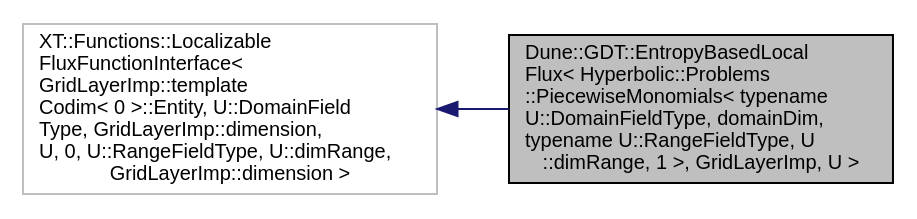
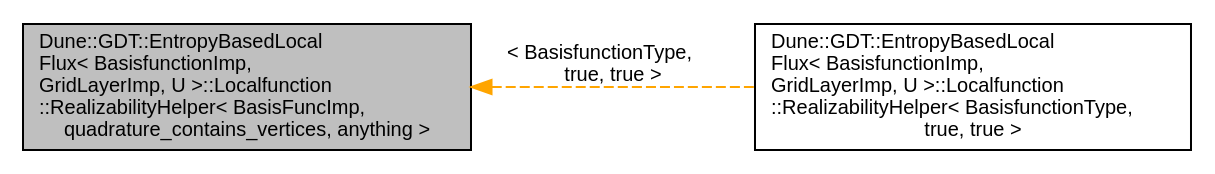
The diagram in docs/dune-gdt/''/a01135.dot (dune-community/dune-community.github.io), drawn with Graphviz before and after one commit. The commit also changed 2647 other files, not shown here.

Commit message:
Updated documentation for dune-gdt ''

```diff
--- a/docs/dune-gdt/''/a01135.dot
+++ b/docs/dune-gdt/''/a01135.dot
@@ -1,9 +1,9 @@
-digraph "Dune::GDT::EntropyBasedLocalFlux&lt; Hyperbolic::Problems::PiecewiseMonomials&lt; typename U::DomainFieldType, domainDim, typename U::RangeFieldType, U::dimRange, 1 &gt;, GridLayerImp, U &gt;"
+digraph "Dune::GDT::EntropyBasedLocalFlux&lt; BasisfunctionImp, GridLayerImp, U &gt;::Localfunction::RealizabilityHelper&lt; BasisFuncImp, quadrature_contains_vertices, anything &gt;"
 {
   edge [fontname="Helvetica",fontsize="10",labelfontname="Helvetica",labelfontsize="10"];
   node [fontname="Helvetica",fontsize="10",shape=record];
   rankdir="LR";
-  Node0 [label="Dune::GDT::EntropyBasedLocal\lFlux\< Hyperbolic::Problems\l::PiecewiseMonomials\< typename\l U::DomainFieldType, domainDim,\l typename U::RangeFieldType, U\l::dimRange, 1 \>, GridLayerImp, U \>",height=0.2,width=0.4,color="black", fillcolor="grey75", style="filled", fontcolor="black"];
-  Node1 -> Node0 [dir="back",color="midnightblue",fontsize="10",style="solid",fontname="Helvetica"];
-  Node1 [label="XT::Functions::Localizable\lFluxFunctionInterface\<\l GridLayerImp::template\l Codim\< 0 \>::Entity, U::DomainField\lType, GridLayerImp::dimension,\l U, 0, U::RangeFieldType, U::dimRange,\l GridLayerImp::dimension \>",height=0.2,width=0.4,color="grey75", fillcolor="white", style="filled"];
+  Node0 [label="Dune::GDT::EntropyBasedLocal\lFlux\< BasisfunctionImp,\l GridLayerImp, U \>::Localfunction\l::RealizabilityHelper\< BasisFuncImp,\l quadrature_contains_vertices, anything \>",height=0.2,width=0.4,color="black", fillcolor="grey75", style="filled", fontcolor="black"];
+  Node0 -> Node1 [dir="back",color="orange",fontsize="10",style="dashed",label=" \< BasisfunctionType,\l true, true \>" ,fontname="Helvetica"];
+  Node1 [label="Dune::GDT::EntropyBasedLocal\lFlux\< BasisfunctionImp,\l GridLayerImp, U \>::Localfunction\l::RealizabilityHelper\< BasisfunctionType,\l true, true \>",height=0.2,width=0.4,color="black", fillcolor="white", style="filled",URL="$a01136.html"];
 }
```
